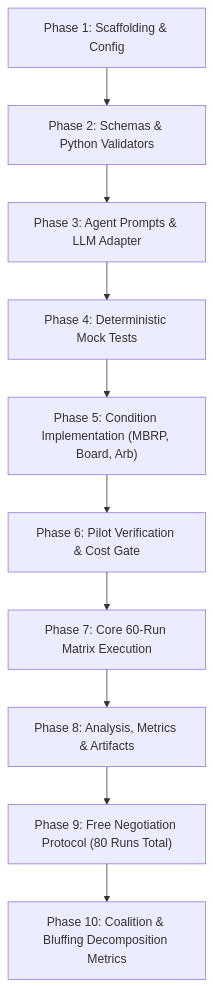
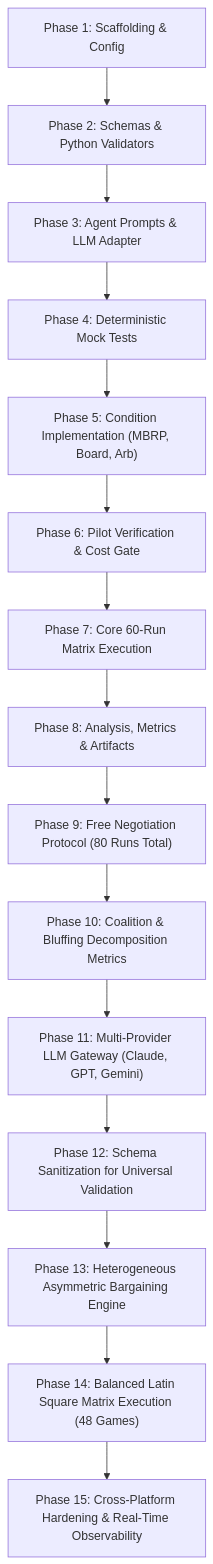
Before and after one commit to TigerGahalaut/multi-agent-conflicting-goals: the diagram in IMPLEMENTATION_PLAN.md, drawn with Mermaid. The commit also changed other lines of this file and 10 other files, not shown here.

````diff
--- a/IMPLEMENTATION_PLAN.md
+++ b/IMPLEMENTATION_PLAN.md
@@ -180,12 +195,17 @@
 ```mermaid
 flowchart TD
     P1["Phase 1: Scaffolding & Config"] --> P2["Phase 2: Schemas & Python Validators"]
     P2 --> P3["Phase 3: Agent Prompts & LLM Adapter"]
     P3 --> P4["Phase 4: Deterministic Mock Tests"]
     P4 --> P5["Phase 5: Condition Implementation (MBRP, Board, Arb)"]
     P5 --> P6["Phase 6: Pilot Verification & Cost Gate"]
     P6 --> P7["Phase 7: Core 60-Run Matrix Execution"]
     P7 --> P8["Phase 8: Analysis, Metrics & Artifacts"]
     P8 --> P9["Phase 9: Free Negotiation Protocol (80 Runs Total)"]
     P9 --> P10["Phase 10: Coalition & Bluffing Decomposition Metrics"]
+    P10 --> P11["Phase 11: Multi-Provider LLM Gateway (Claude, GPT, Gemini)"]
+    P11 --> P12["Phase 12: Schema Sanitization for Universal Validation"]
+    P12 --> P13["Phase 13: Heterogeneous Asymmetric Bargaining Engine"]
+    P13 --> P14["Phase 14: Balanced Latin Square Matrix Execution (48 Games)"]
+    P14 --> P15["Phase 15: Cross-Platform Hardening & Real-Time Observability"]
 ```
````
